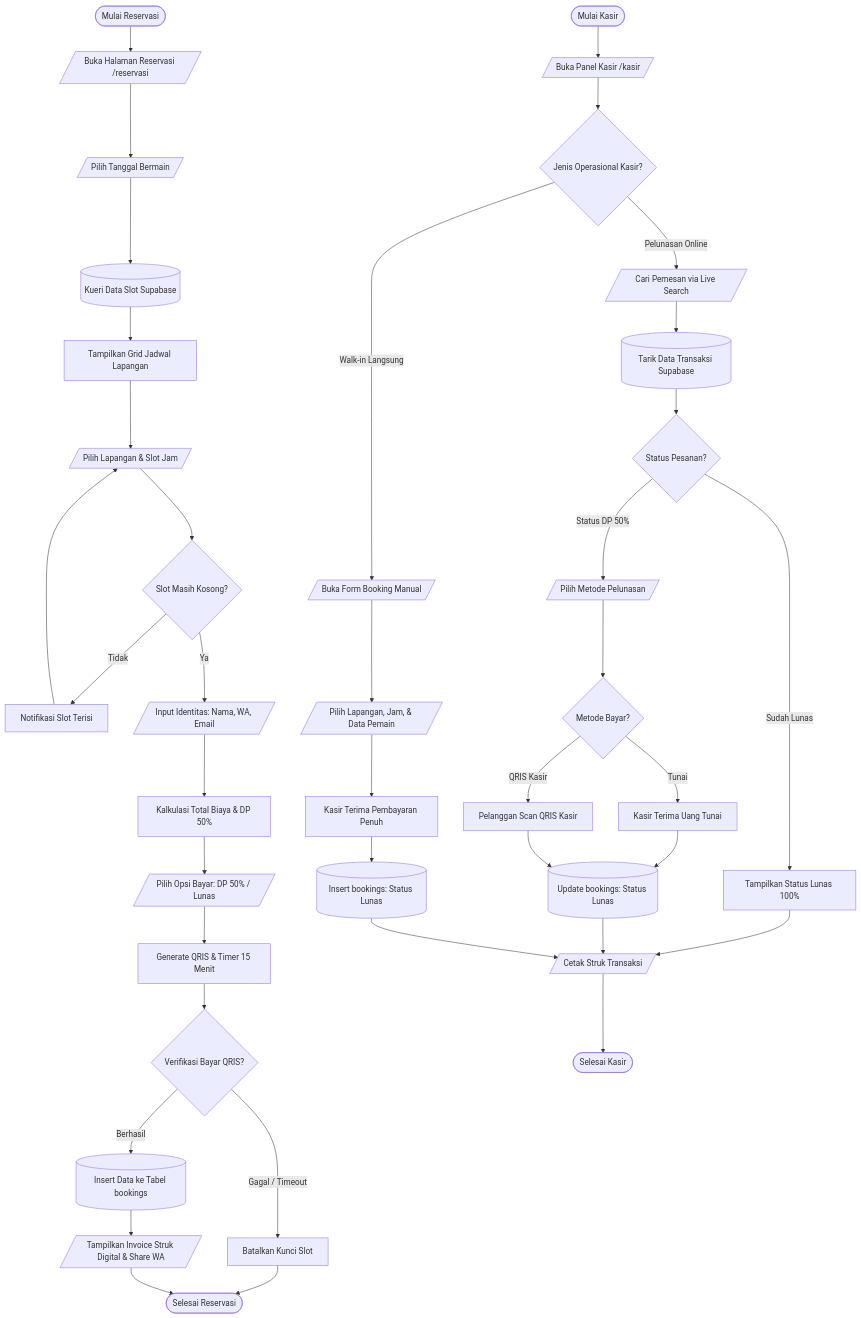
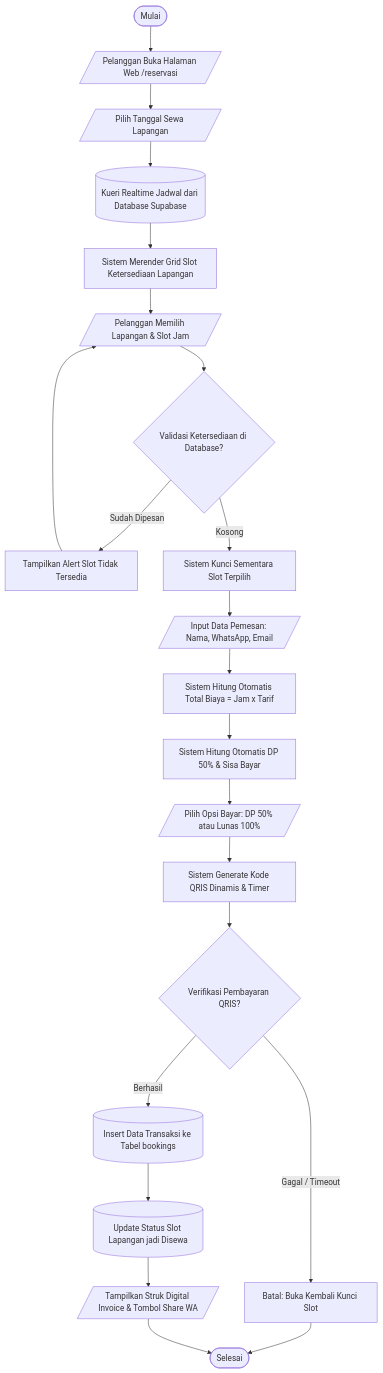
Before and after one commit to HelloRayy/ukk-11-booking-lapangan: the second of 2 diagrams in FLOWCHART_UKK.md, drawn with Mermaid. The commit also changed other lines of this file, not shown here.

Commit message:
docs: tambahin perbandingan flowchart manual dan flowchart sistem ukk

````diff
--- a/FLOWCHART_UKK.md
+++ b/FLOWCHART_UKK.md
@@ -17,44 +49,22 @@
 ```mermaid
 flowchart TD
-    %% 1. ALUR PEMESAN ONLINE
-    A([Mulai Reservasi]) --> B[/Buka Halaman Reservasi /reservasi/]
-    B --> C[/Pilih Tanggal Bermain/]
-    C --> D[(Kueri Data Slot Supabase)]
-    D --> E[Tampilkan Grid Jadwal Lapangan]
-    E --> F[/Pilih Lapangan & Slot Jam/]
-    F --> G{Slot Masih Kosong?}
-    G -- Tidak --> H[Notifikasi Slot Terisi] --> F
-    G -- Ya --> I[/Input Identitas: Nama, WA, Email/]
-    I --> J[Kalkulasi Total Biaya & DP 50%]
-    J --> K[/Pilih Opsi Bayar: DP 50% / Lunas/]
-    K --> L[Generate QRIS & Timer 15 Menit]
-    L --> M{Verifikasi Bayar QRIS?}
-    M -- Gagal / Timeout --> N[Batalkan Kunci Slot] --> Z1([Selesai Reservasi])
-    M -- Berhasil --> O[(Insert Data ke Tabel bookings)]
-    O --> P[/Tampilkan Invoice Struk Digital & Share WA/]
-    P --> Z1
-
-    %% 2. ALUR KASIR OPERASIONAL
-    K1([Mulai Kasir]) --> K2[/Buka Panel Kasir /kasir/]
-    K2 --> K3{Jenis Operasional Kasir?}
-    
-    K3 -- Pelunasan Online --> K4[/Cari Pemesan via Live Search/]
-    K4 --> K5[(Tarik Data Transaksi Supabase)]
-    K5 --> K6{Status Pesanan?}
-    K6 -- Sudah Lunas --> K7[Tampilkan Status Lunas 100%] --> K12[/Cetak Struk Transaksi/]
-    K6 -- Status DP 50% --> K8[/Pilih Metode Pelunasan/]
-    K8 --> K9{Metode Bayar?}
-    K9 -- Tunai --> K10A[Kasir Terima Uang Tunai]
-    K9 -- QRIS Kasir --> K10B[Pelanggan Scan QRIS Kasir]
-    K10A --> K11[(Update bookings: Status Lunas)]
-    K10B --> K11
-    K11 --> K12
-    
-    K3 -- Walk-in Langsung --> W1[/Buka Form Booking Manual/]
-    W1 --> W2[/Pilih Lapangan, Jam, & Data Pemain/]
-    W2 --> W3[Kasir Terima Pembayaran Penuh]
-    W3 --> W4[(Insert bookings: Status Lunas)]
-    W4 --> K12
-    
-    K12 --> Z2([Selesai Kasir])
+    S1([Mulai]) --> S2[/Pelanggan Buka Halaman Web /reservasi/]
+    S2 --> S3[/Pilih Tanggal Sewa Lapangan/]
+    S3 --> S4[(Kueri Realtime Jadwal dari Database Supabase)]
+    S4 --> S5[Sistem Merender Grid Slot Ketersediaan Lapangan]
+    S5 --> S6[/Pelanggan Memilih Lapangan & Slot Jam/]
+    S6 --> S7{Validasi Ketersediaan di Database?}
+    S7 -- Sudah Dipesan --> S8[Tampilkan Alert Slot Tidak Tersedia] --> S6
+    S7 -- Kosong --> S9[Sistem Kunci Sementara Slot Terpilih]
+    S9 --> S10[/Input Data Pemesan: Nama, WhatsApp, Email/]
+    S10 --> S11[Sistem Hitung Otomatis Total Biaya = Jam x Tarif]
+    S11 --> S12[Sistem Hitung Otomatis DP 50% & Sisa Bayar]
+    S12 --> S13[/Pilih Opsi Bayar: DP 50% atau Lunas 100%/]
+    S13 --> S14[Sistem Generate Kode QRIS Dinamis & Timer]
+    S14 --> S15{Verifikasi Pembayaran QRIS?}
+    S15 -- Gagal / Timeout --> S16[Batal: Buka Kembali Kunci Slot] --> S20([Selesai])
+    S15 -- Berhasil --> S17[(Insert Data Transaksi ke Tabel bookings)]
+    S17 --> S18[(Update Status Slot Lapangan jadi Disewa)]
+    S18 --> S19[/Tampilkan Struk Digital Invoice & Tombol Share WA/]
+    S19 --> S20([Selesai])
 ```
````
